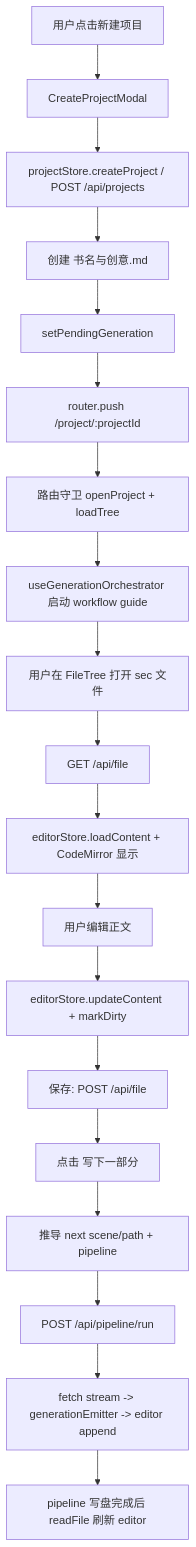
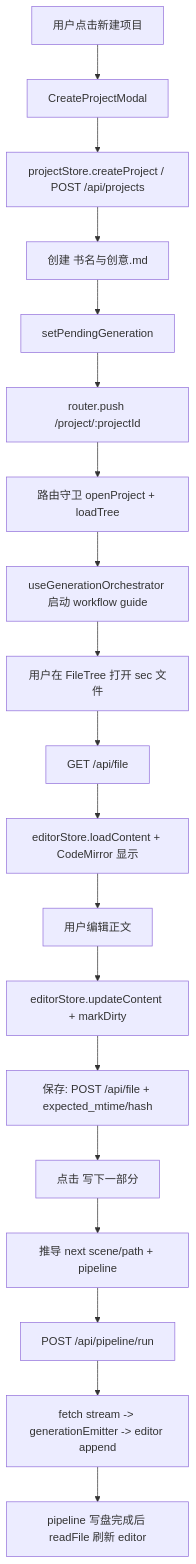
The first of 4 diagrams in docs/frontend-user-flow.md (wuyinglai/moyun-studio), drawn with Mermaid before and after one commit. The commit also changed other lines of this file and 10 other files, not shown here.

````diff
--- a/docs/frontend-user-flow.md
+++ b/docs/frontend-user-flow.md
@@ -340,21 +340,21 @@
 ```mermaid
 flowchart TD
   A["用户点击新建项目"] --> B["CreateProjectModal"]
   B --> C["projectStore.createProject / POST /api/projects"]
   C --> D["创建 书名与创意.md"]
   D --> E["setPendingGeneration"]
   E --> F["router.push /project/:projectId"]
   F --> G["路由守卫 openProject + loadTree"]
   G --> H["useGenerationOrchestrator 启动 workflow guide"]
   H --> I["用户在 FileTree 打开 sec 文件"]
   I --> J["GET /api/file"]
   J --> K["editorStore.loadContent + CodeMirror 显示"]
   K --> L["用户编辑正文"]
   L --> M["editorStore.updateContent + markDirty"]
-  M --> N["保存: POST /api/file"]
+  M --> N["保存: POST /api/file + expected_mtime/hash"]
   N --> O["点击 写下一部分"]
   O --> P["推导 next scene/path + pipeline"]
   P --> Q["POST /api/pipeline/run"]
   Q --> R["fetch stream -> generationEmitter -> editor append"]
   R --> S["pipeline 写盘完成后 readFile 刷新 editor"]
 ```
````
